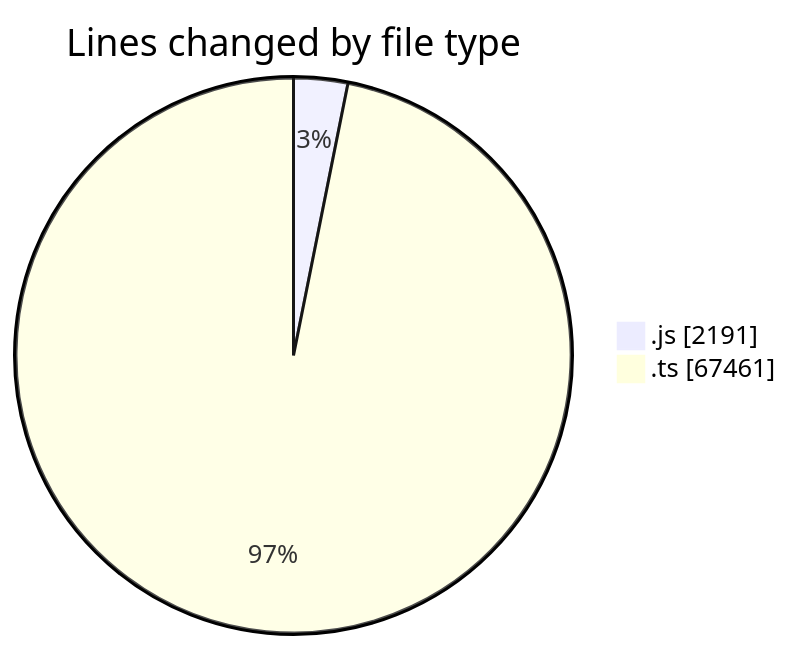
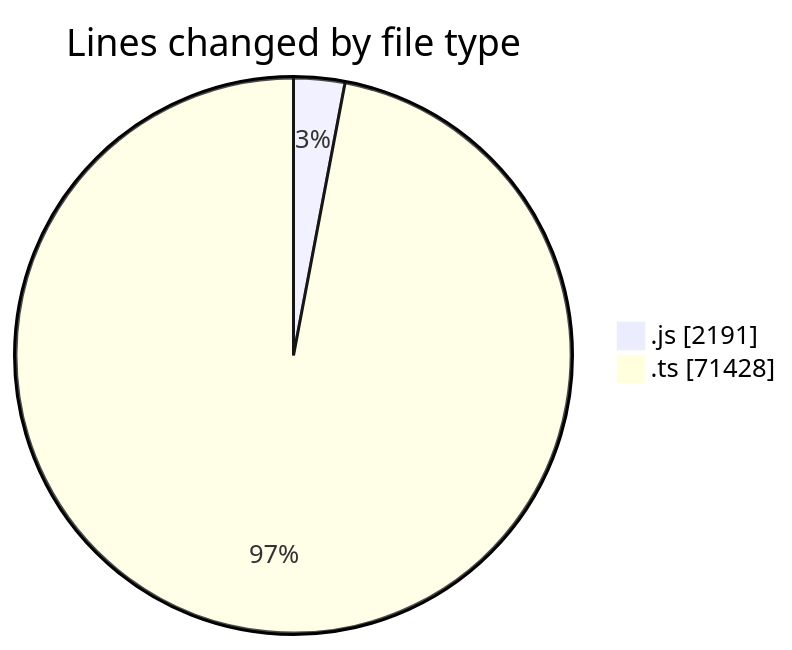
Before and after one commit to momahboobian/code-tracking: the first of 2 diagrams in 2025-06-19/cda/README.md, drawn with Mermaid. The commit also changed other lines of this file and 1 other file, not shown here.

````diff
--- a/2025-06-19/cda/README.md
+++ b/2025-06-19/cda/README.md
@@ -36,6 +38,6 @@
 ```mermaid
 pie showData
 title Lines changed by file type
 ".js" : 2191
-".ts" : 67461
+".ts" : 71428
 ```
````
